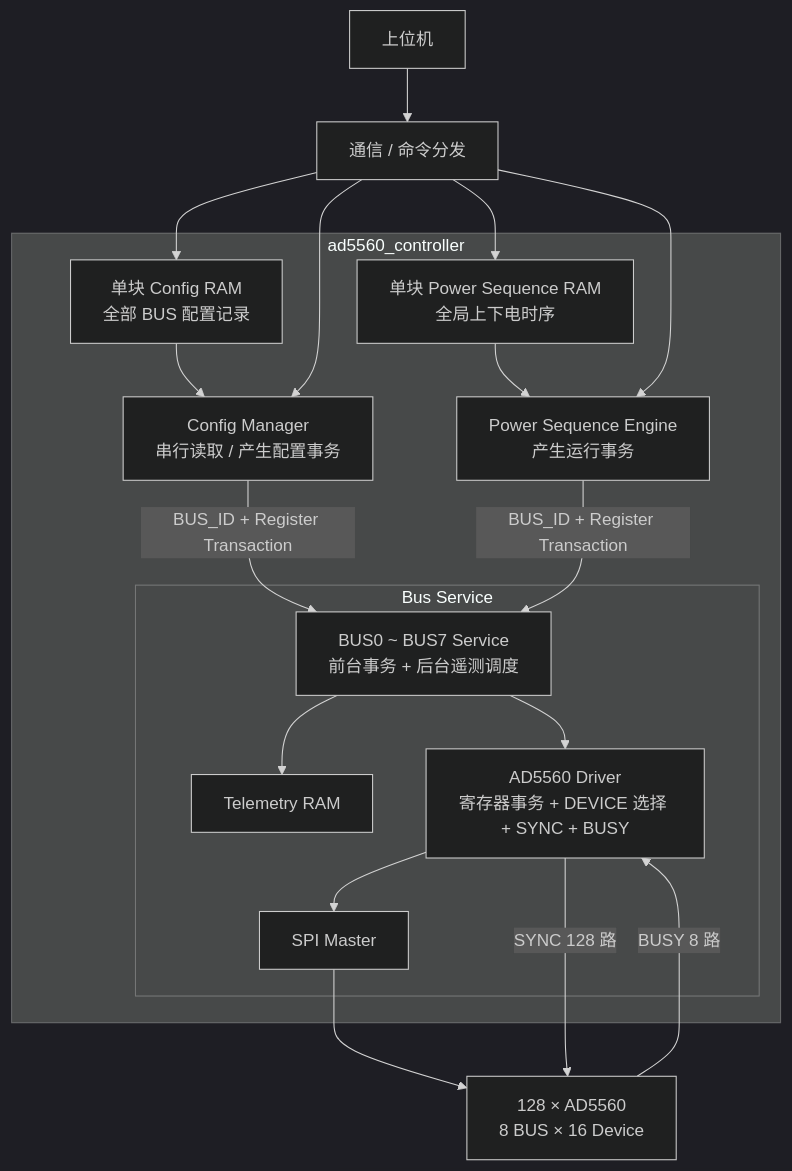
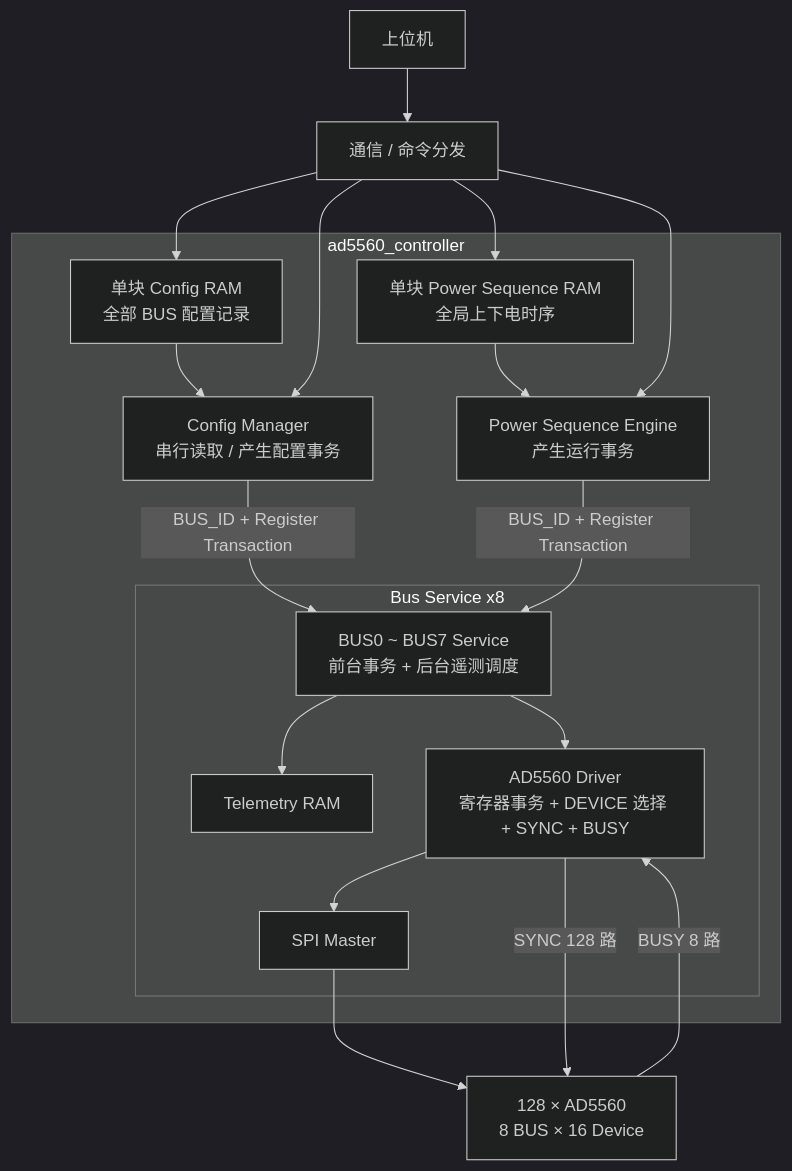
One commit to hhanghhhhh/hbm_proj changed the diagram in AD5560/SYSTEM_ARCHITECTURE.md. Above: the diagram before and after it, drawn with Mermaid (dark theme).

````diff
--- a/AD5560/SYSTEM_ARCHITECTURE.md
+++ b/AD5560/SYSTEM_ARCHITECTURE.md
@@ -123,42 +123,42 @@
 ```mermaid
 flowchart TB
     PC[上位机]
     COMM[通信 / 命令分发]
 
     subgraph CTRL[ad5560_controller]
         CRAM[单块 Config RAM\n全部 BUS 配置记录]
         CM[Config Manager\n串行读取 / 产生配置事务]
 
         PSRAM[单块 Power Sequence RAM\n全局上下电时序]
         PSE[Power Sequence Engine\n产生运行事务]
 
-        subgraph BUS[Bus Service]
+        subgraph BUS[Bus Service x8]
             BS[BUS0 ~ BUS7 Service\n前台事务 + 后台遥测调度]
             TRAM[Telemetry RAM]
             DRV[AD5560 Driver\n寄存器事务 + DEVICE 选择 + SYNC + BUSY]
             SPI[SPI Master]
 
             BS --> DRV
             BS --> TRAM
             DRV --> SPI
         end
 
         CRAM --> CM
         PSRAM --> PSE
 
         CM -->|BUS_ID + Register Transaction| BS
         PSE -->|BUS_ID + Register Transaction| BS
     end
 
     DEV[128 × AD5560\n8 BUS × 16 Device]
 
     PC --> COMM
     COMM --> CRAM
     COMM --> CM
     COMM --> PSRAM
     COMM --> PSE
 
     SPI --> DEV
     DRV -->|SYNC 128 路| DEV
     DEV -->|BUSY 8 路| DRV
 ```
````
